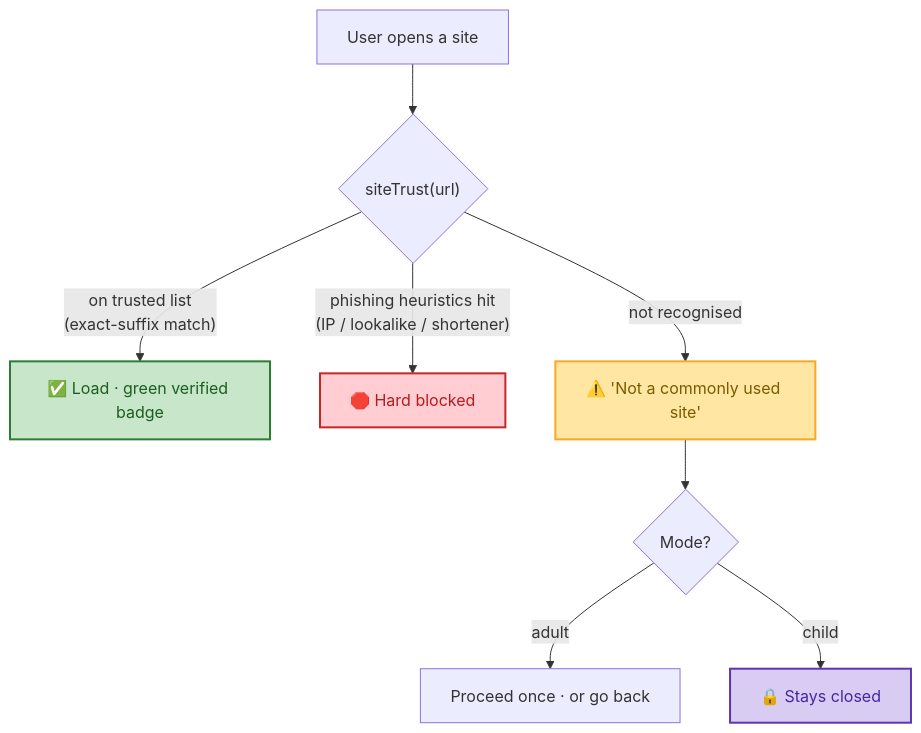
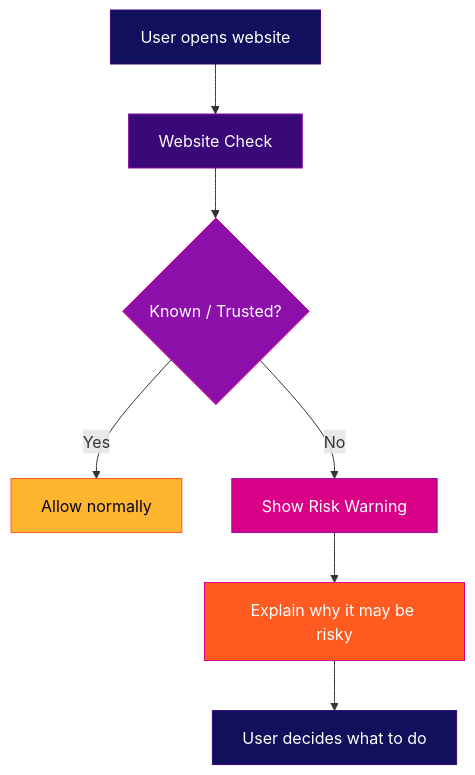
One commit to harsini2006/ConsentLensFinal changed the third of 7 diagrams in README.md. Above: the diagram before and after it, drawn with Mermaid. The commit also changed other lines of this file, not shown here.

````diff
--- a/README.md
+++ b/README.md
@@ -134,15 +160,21 @@
 ```mermaid
 flowchart TD
-    U["User opens a site"] --> S{"siteTrust(url)"}
-    S -->|"on trusted list<br/>(exact-suffix match)"| T["✅ Load · green verified badge"]
-    S -->|"phishing heuristics hit<br/>(IP / lookalike / shortener)"| B["🛑 Hard blocked"]
-    S -->|"not recognised"| W["⚠️ 'Not a commonly used site'"]
-    W --> M{"Mode?"}
-    M -->|adult| P["Proceed once · or go back"]
-    M -->|child| K["🔒 Stays closed"]
 
-    style T fill:#c8e6c9,stroke:#2e7d32,stroke-width:2px,color:#1b5e20
-    style B fill:#ffcdd2,stroke:#c62828,stroke-width:2px,color:#b71c1c
-    style W fill:#ffe7a3,stroke:#f9a825,stroke-width:2px,color:#7a5b00
-    style K fill:#d9ccf2,stroke:#5e35b1,stroke-width:2px,color:#4527a0
+    A["User opens website"] --> B["Website Check"]
+
+    B --> C{"Known / Trusted?"}
+
+    C -->|Yes| D["Allow normally"]
+    C -->|No| E["Show Risk Warning"]
+
+    E --> F["Explain why it may be risky"]
+    F --> G["User decides what to do"]
+
+    style A fill:#10105C,stroke:#3A0878,color:#ffffff
+    style B fill:#3A0878,stroke:#8B0FA8,color:#ffffff
+    style C fill:#8B0FA8,stroke:#D90087,color:#ffffff
+    style D fill:#FFB52E,stroke:#FF5A1F,color:#05052B
+    style E fill:#D90087,stroke:#8B0FA8,color:#ffffff
+    style F fill:#FF5A1F,stroke:#D90087,color:#ffffff
+    style G fill:#10105C,stroke:#3A0878,color:#ffffff
 ```
````
